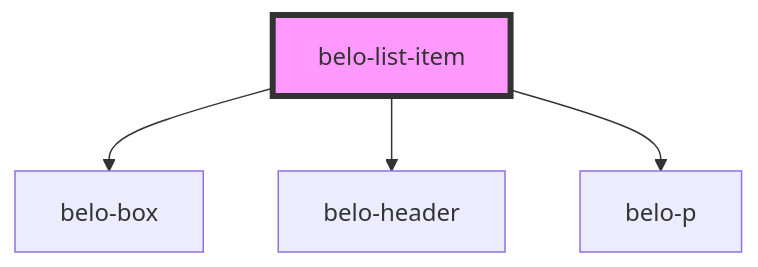
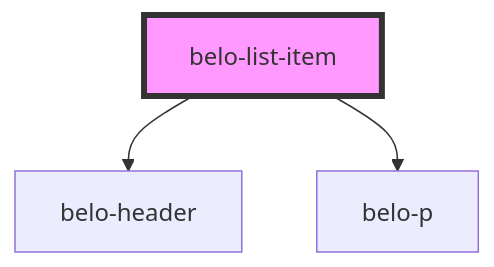
Before and after one commit to KonstantinBelenko/Belo: the diagram in src/components/belo-list-item/readme.md, drawn with Mermaid. The commit also changed other lines of this file and 9 other files, not shown here.

Commit message:
crered list item and list component

````diff
--- a/src/components/belo-list-item/readme.md
+++ b/src/components/belo-list-item/readme.md
@@ -25,7 +24,6 @@
 ```mermaid
 graph TD;
-  belo-list-item --> belo-box
   belo-list-item --> belo-header
   belo-list-item --> belo-p
   style belo-list-item fill:#f9f,stroke:#333,stroke-width:4px
 ```
````
